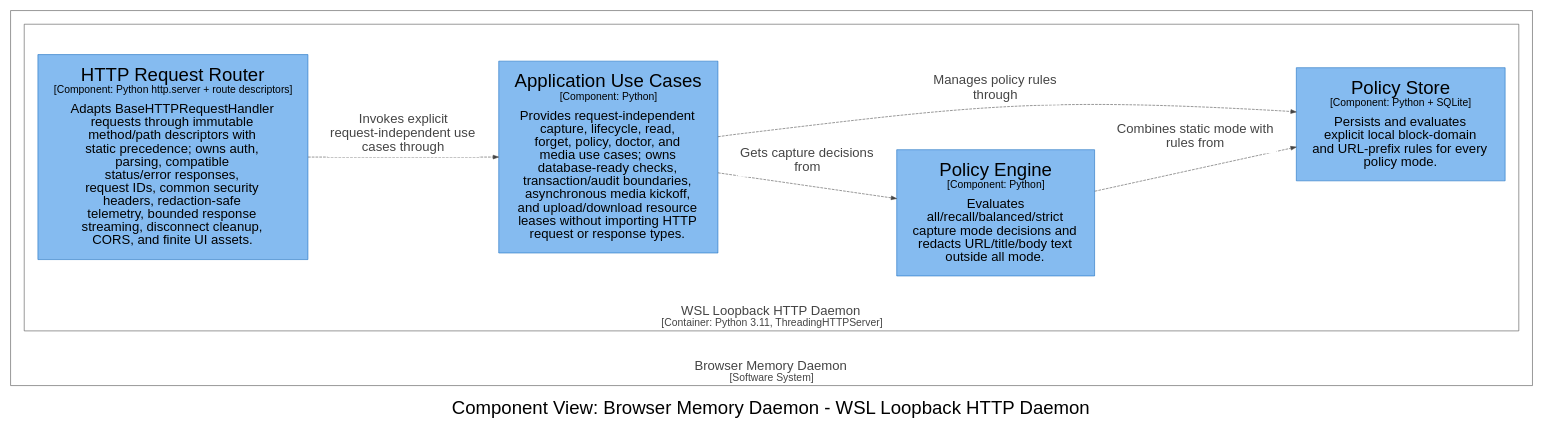
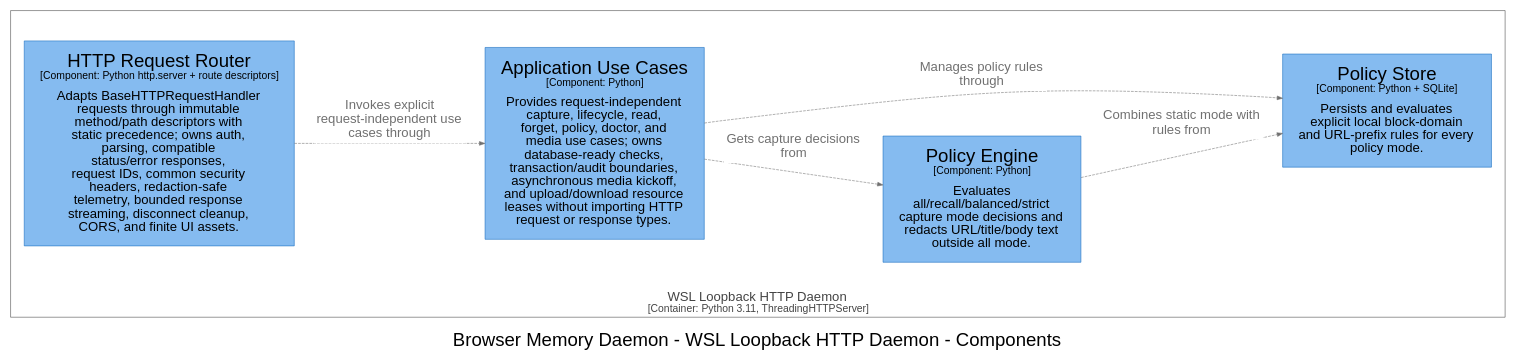
The diagram in docs/architecture/diagrams/dot/structurizr-DaemonPolicyComponents.dot (michaelnicks0/browser-memory-daemon), drawn with Graphviz before and after one commit. The commit also changed 331 other files, not shown here.

Commit message:
docs: refresh architecture and publish surfaces

```diff
--- a/docs/architecture/diagrams/dot/structurizr-DaemonPolicyComponents.dot
+++ b/docs/architecture/diagrams/dot/structurizr-DaemonPolicyComponents.dot
@@ -1,37 +1,26 @@
 digraph {
   compound=true
   graph [fontname="Arial", rankdir=LR, ranksep=1.0, nodesep=1.0]
   node [fontname="Arial", shape=box, margin="0.4,0.3"]
   edge [fontname="Arial"]
-  label=<<br /><font point-size="34">Component View: Browser Memory Daemon - WSL Loopback HTTP Daemon</font>>
+  label=<<br /><font point-size="34">Browser Memory Daemon - WSL Loopback HTTP Daemon - Components</font>>
 
-  subgraph cluster_4 {
+  subgraph cluster_22 {
     margin=25
-    label=<<font point-size="24"><br />Browser Memory Daemon</font><br /><font point-size="19">[Software System]</font>>
+    label=<<font point-size="24"><br />WSL Loopback HTTP Daemon</font><br /><font point-size="19">[Container: Python 3.11, ThreadingHTTPServer]</font>>
     labelloc=b
     color="#444444"
     fontcolor="#444444"
     fillcolor="#444444"
 
-    subgraph cluster_22 {
-      margin=25
-      label=<<font point-size="24"><br />WSL Loopback HTTP Daemon</font><br /><font point-size="19">[Container: Python 3.11, ThreadingHTTPServer]</font>>
-      labelloc=b
-      color="#444444"
-      fontcolor="#444444"
-      fillcolor="#444444"
-
-      23 [id=23,shape=rect, label=<<font point-size="34">HTTP Request Router</font><br /><font point-size="19">[Component: Python http.server + route descriptors]</font><br /><br /><font point-size="24">Adapts BaseHTTPRequestHandler<br />requests through immutable<br />method/path descriptors with<br />static precedence; owns auth,<br />parsing, compatible<br />status/error responses,<br />request IDs, common security<br />headers, redaction-safe<br />telemetry, bounded response<br />streaming, disconnect cleanup,<br />CORS, and finite UI assets.</font>>, style=filled, color="#1168bd", fillcolor="#85bbf0", fontcolor="#000000"]
-      24 [id=24,shape=rect, label=<<font point-size="34">Application Use Cases</font><br /><font point-size="19">[Component: Python]</font><br /><br /><font point-size="24">Provides request-independent<br />capture, lifecycle, read,<br />forget, policy, doctor, and<br />media use cases; owns<br />database-ready checks,<br />transaction/audit boundaries,<br />asynchronous media kickoff,<br />and upload/download resource<br />leases without importing HTTP<br />request or response types.</font>>, style=filled, color="#1168bd", fillcolor="#85bbf0", fontcolor="#000000"]
-      26 [id=26,shape=rect, label=<<font point-size="34">Policy Engine</font><br /><font point-size="19">[Component: Python]</font><br /><br /><font point-size="24">Evaluates<br />all/recall/balanced/strict<br />capture mode decisions and<br />redacts URL/title/body text<br />outside all mode.</font>>, style=filled, color="#1168bd", fillcolor="#85bbf0", fontcolor="#000000"]
-      27 [id=27,shape=rect, label=<<font point-size="34">Policy Store</font><br /><font point-size="19">[Component: Python + SQLite]</font><br /><br /><font point-size="24">Persists and evaluates<br />explicit local block-domain<br />and URL-prefix rules for every<br />policy mode.</font>>, style=filled, color="#1168bd", fillcolor="#85bbf0", fontcolor="#000000"]
-    }
-
+    23 [id=23,shape=rect, label=<<font point-size="34">HTTP Request Router</font><br /><font point-size="19">[Component: Python http.server + route descriptors]</font><br /><br /><font point-size="24">Adapts BaseHTTPRequestHandler<br />requests through immutable<br />method/path descriptors with<br />static precedence; owns auth,<br />parsing, compatible<br />status/error responses,<br />request IDs, common security<br />headers, redaction-safe<br />telemetry, bounded response<br />streaming, disconnect cleanup,<br />CORS, and finite UI assets.</font>>, style=filled, color="#1168bd", fillcolor="#85bbf0", fontcolor="#000000"]
+    24 [id=24,shape=rect, label=<<font point-size="34">Application Use Cases</font><br /><font point-size="19">[Component: Python]</font><br /><br /><font point-size="24">Provides request-independent<br />capture, lifecycle, read,<br />forget, policy, doctor, and<br />media use cases; owns<br />database-ready checks,<br />transaction/audit boundaries,<br />asynchronous media kickoff,<br />and upload/download resource<br />leases without importing HTTP<br />request or response types.</font>>, style=filled, color="#1168bd", fillcolor="#85bbf0", fontcolor="#000000"]
+    26 [id=26,shape=rect, label=<<font point-size="34">Policy Engine</font><br /><font point-size="19">[Component: Python]</font><br /><br /><font point-size="24">Evaluates<br />all/recall/balanced/strict<br />capture mode decisions and<br />redacts URL/title/body text<br />outside all mode.</font>>, style=filled, color="#1168bd", fillcolor="#85bbf0", fontcolor="#000000"]
+    27 [id=27,shape=rect, label=<<font point-size="34">Policy Store</font><br /><font point-size="19">[Component: Python + SQLite]</font><br /><br /><font point-size="24">Persists and evaluates<br />explicit local block-domain<br />and URL-prefix rules for every<br />policy mode.</font>>, style=filled, color="#1168bd", fillcolor="#85bbf0", fontcolor="#000000"]
   }
 
-  23 -> 24 [id=114, label=<<TABLE BORDER="0" CELLBORDER="0" CELLSPACING="0" CELLPADDING="4" BGCOLOR="white"><TR><TD><font point-size="24">Invokes explicit<br />request-independent use<br />cases through</font></TD></TR></TABLE>>, style="dashed", color="#444444", fontcolor="#444444"]
-  24 -> 26 [id=116, label=<<TABLE BORDER="0" CELLBORDER="0" CELLSPACING="0" CELLPADDING="4" BGCOLOR="white"><TR><TD><font point-size="24">Gets capture decisions<br />from</font></TD></TR></TABLE>>, style="dashed", color="#444444", fontcolor="#444444"]
-  24 -> 27 [id=118, label=<<TABLE BORDER="0" CELLBORDER="0" CELLSPACING="0" CELLPADDING="4" BGCOLOR="white"><TR><TD><font point-size="24">Manages policy rules<br />through</font></TD></TR></TABLE>>, style="dashed", color="#444444", fontcolor="#444444"]
-  26 -> 27 [id=126, label=<<TABLE BORDER="0" CELLBORDER="0" CELLSPACING="0" CELLPADDING="4" BGCOLOR="white"><TR><TD><font point-size="24">Combines static mode with<br />rules from</font></TD></TR></TABLE>>, style="dashed", color="#444444", fontcolor="#444444"]
-
+  23 -> 24 [id=115, label=<<TABLE BORDER="0" CELLBORDER="0" CELLSPACING="0" CELLPADDING="4" BGCOLOR="white"><TR><TD><font point-size="24">Invokes explicit<br />request-independent use<br />cases through</font></TD></TR></TABLE>>, style="dashed", color="#707070", fontcolor="#707070"]
+  24 -> 26 [id=117, label=<<TABLE BORDER="0" CELLBORDER="0" CELLSPACING="0" CELLPADDING="4" BGCOLOR="white"><TR><TD><font point-size="24">Gets capture decisions<br />from</font></TD></TR></TABLE>>, style="dashed", color="#707070", fontcolor="#707070"]
+  24 -> 27 [id=119, label=<<TABLE BORDER="0" CELLBORDER="0" CELLSPACING="0" CELLPADDING="4" BGCOLOR="white"><TR><TD><font point-size="24">Manages policy rules<br />through</font></TD></TR></TABLE>>, style="dashed", color="#707070", fontcolor="#707070"]
+  26 -> 27 [id=129, label=<<TABLE BORDER="0" CELLBORDER="0" CELLSPACING="0" CELLPADDING="4" BGCOLOR="white"><TR><TD><font point-size="24">Combines static mode with<br />rules from</font></TD></TR></TABLE>>, style="dashed", color="#707070", fontcolor="#707070"]
 }
```
